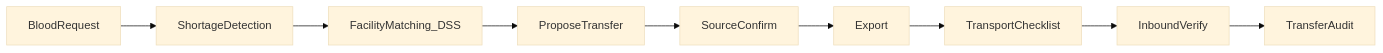
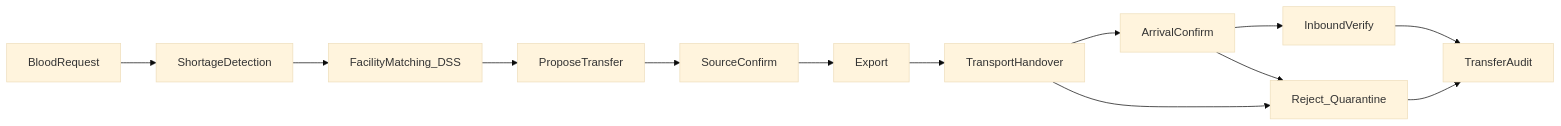
One commit to hoanganh-279/Management_Blood changed the diagram in Product.md. Above: the diagram before and after it, drawn with Mermaid (base theme). The commit also changed other lines of this file and 61 other files, not shown here.

````diff
--- a/Product.md
+++ b/Product.md
@@ -123,13 +128,18 @@
 ```mermaid
 flowchart LR
   demand[BloodRequest]
   short[ShortageDetection]
   match[FacilityMatching_DSS]
   propose[ProposeTransfer]
   confirm[SourceConfirm]
   export[Export]
-  transit[TransportChecklist]
+  transit[TransportHandover]
+  arrive[ArrivalConfirm]
   receive[InboundVerify]
+  reject[Reject_Quarantine]
   audit[TransferAudit]
-  demand --> short --> match --> propose --> confirm --> export --> transit --> receive --> audit
+  demand --> short --> match --> propose --> confirm --> export --> transit --> arrive --> receive --> audit
+  transit --> reject
+  arrive --> reject
+  reject --> audit
 ```
````
